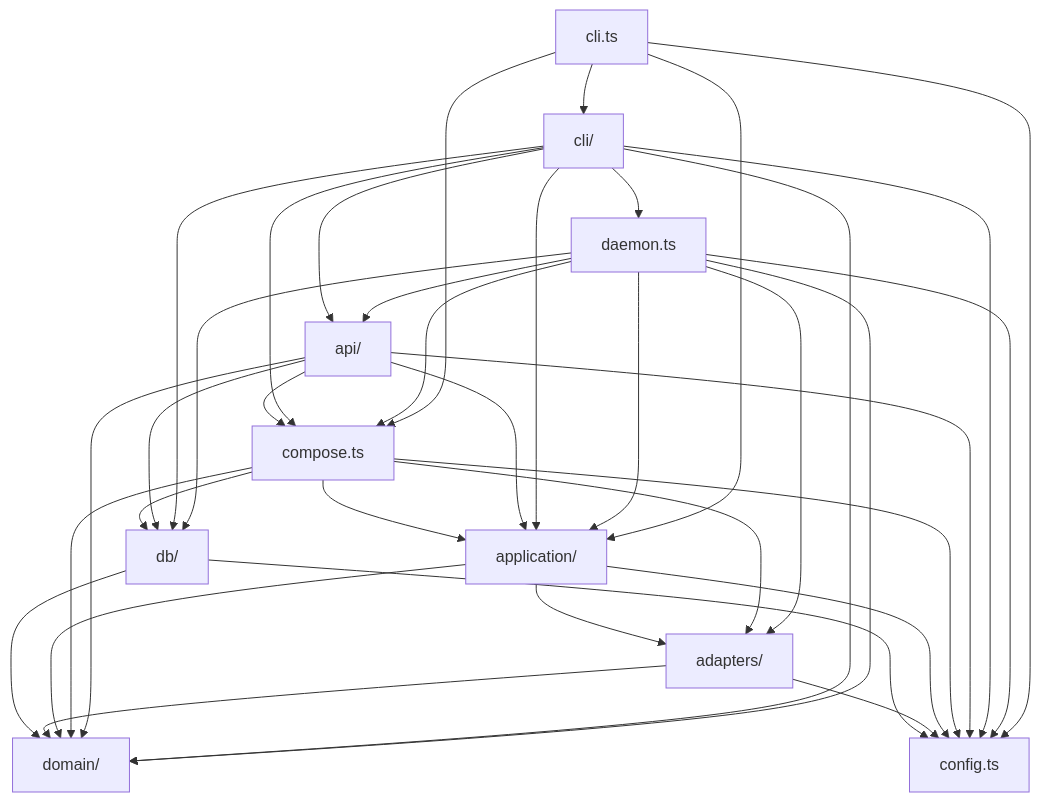
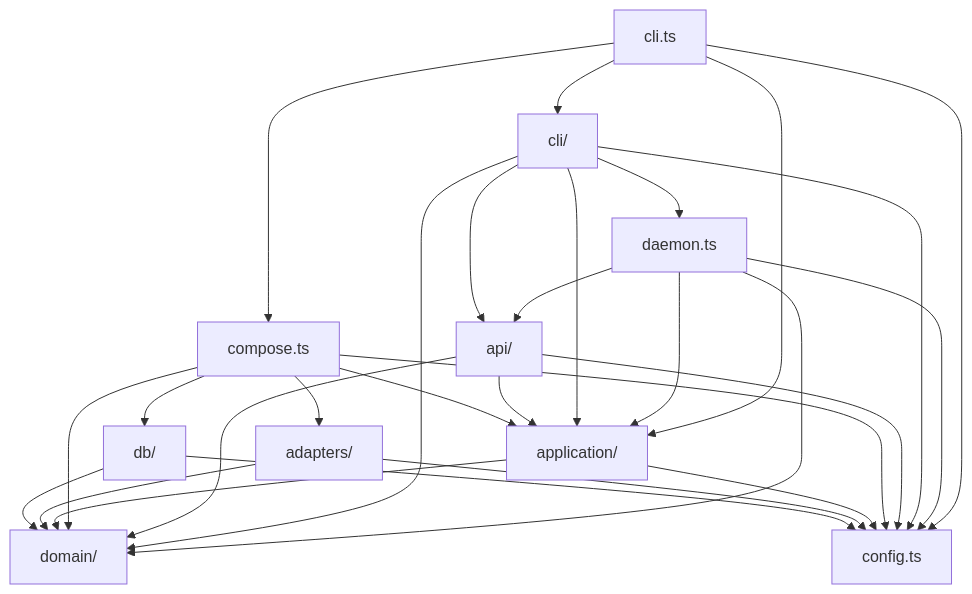
The first of 3 diagrams in docs/architecture.md (tomrobdev/agentdeck), drawn with Mermaid before and after one commit. The commit also changed other lines of this file and 36 other files, not shown here.

````diff
--- a/docs/architecture.md
+++ b/docs/architecture.md
@@ -24,21 +24,21 @@
 ```mermaid
 flowchart TD
   domain["domain/"]
   config_ts["config.ts"]
   db["db/"]
   adapters["adapters/"]
   application["application/"]
   compose_ts["compose.ts"]
   api["api/"]
   cli["cli/"]
   daemon_ts["daemon.ts"]
   cli_ts["cli.ts"]
   db --> domain & config_ts
   adapters --> domain & config_ts
-  application --> adapters & domain & config_ts
+  application --> domain & config_ts
   compose_ts --> application & adapters & db & domain & config_ts
-  api --> application & compose_ts & db & domain & config_ts
-  cli --> api & application & compose_ts & db & domain & config_ts & daemon_ts
-  daemon_ts --> api & application & adapters & compose_ts & db & domain & config_ts
+  api --> application & domain & config_ts
+  cli --> api & application & domain & config_ts & daemon_ts
+  daemon_ts --> api & application & domain & config_ts
   cli_ts --> cli & application & compose_ts & config_ts
 ```
````
